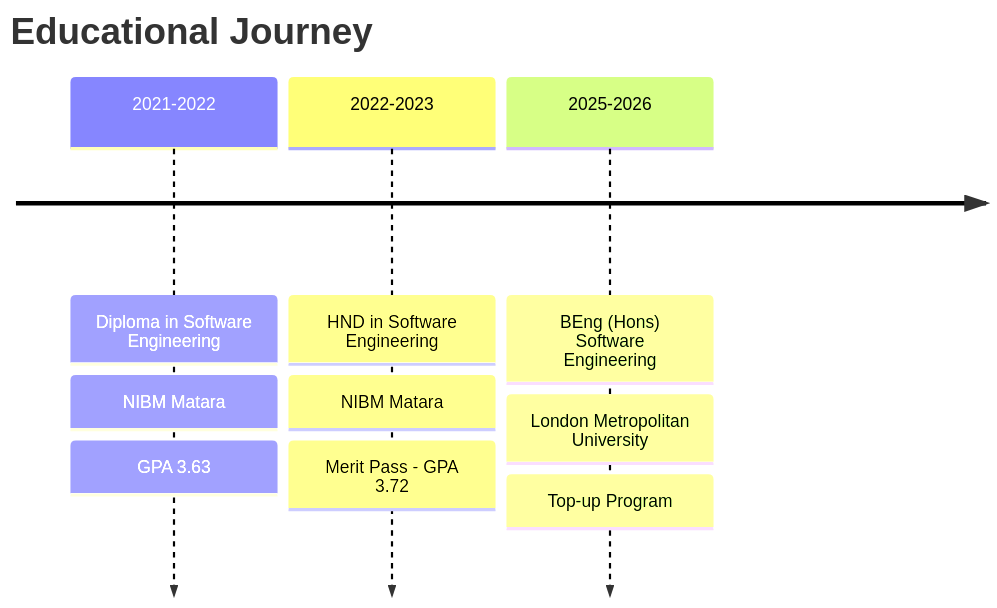
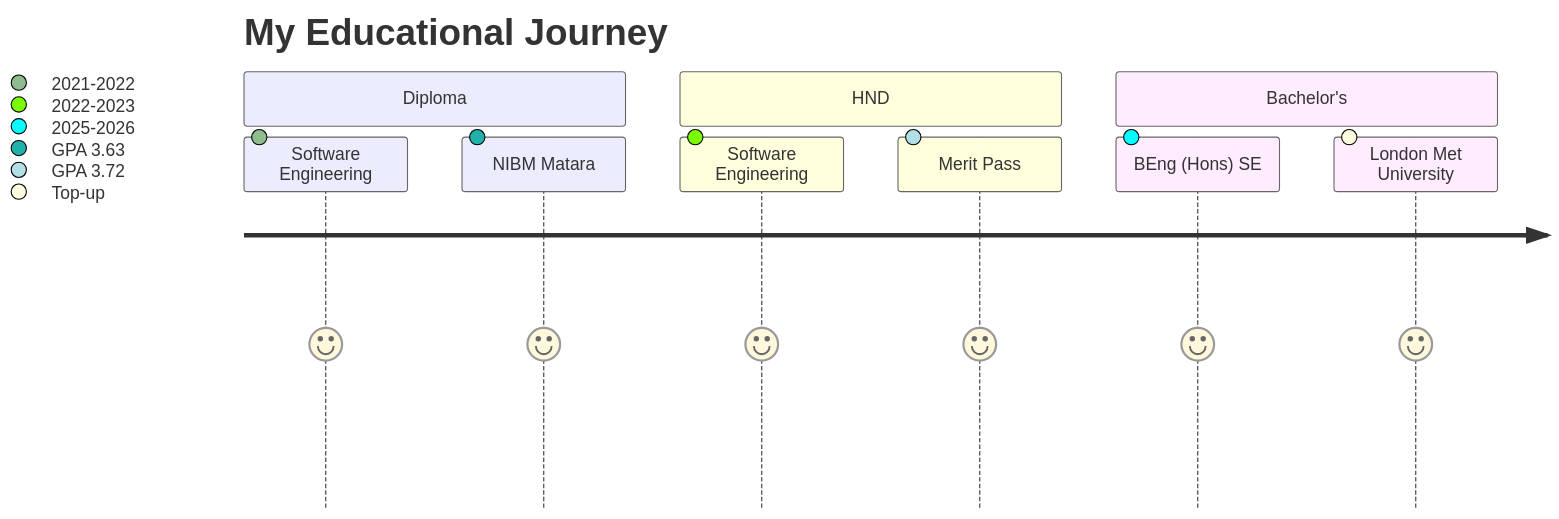
One commit to ThisaruNadeeshan/ThisaruNadeeshan changed the diagram in README.md. Above: the diagram before and after it, drawn with Mermaid. The commit also changed other lines of this file, not shown here.

````diff
--- a/README.md
+++ b/README.md
@@ -202,16 +242,13 @@
 ```mermaid
-timeline
-    title Educational Journey
-    
-    2021-2022 : Diploma in Software Engineering
-                : NIBM Matara
-                : GPA 3.63
-                
-    2022-2023 : HND in Software Engineering
-                : NIBM Matara
-                : Merit Pass - GPA 3.72
-                
-    2025-2026 : BEng (Hons) Software Engineering
-                : London Metropolitan University
-                : Top-up Program
+journey
+    title My Educational Journey
+    section Diploma
+      Software Engineering: 5: 2021-2022
+      NIBM Matara: 5: GPA 3.63
+    section HND
+      Software Engineering: 5: 2022-2023
+      Merit Pass: 5: GPA 3.72
+    section Bachelor's
+      BEng (Hons) SE: 5: 2025-2026
+      London Met University: 5: Top-up
 ```
````
